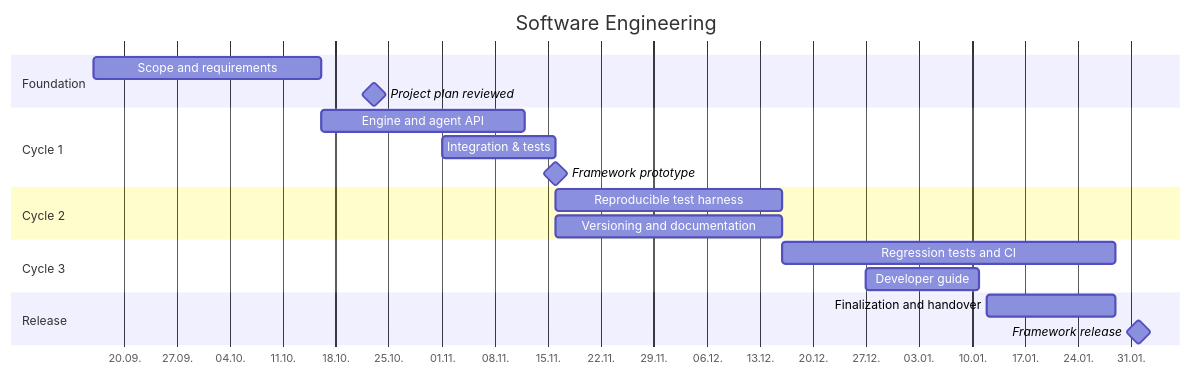
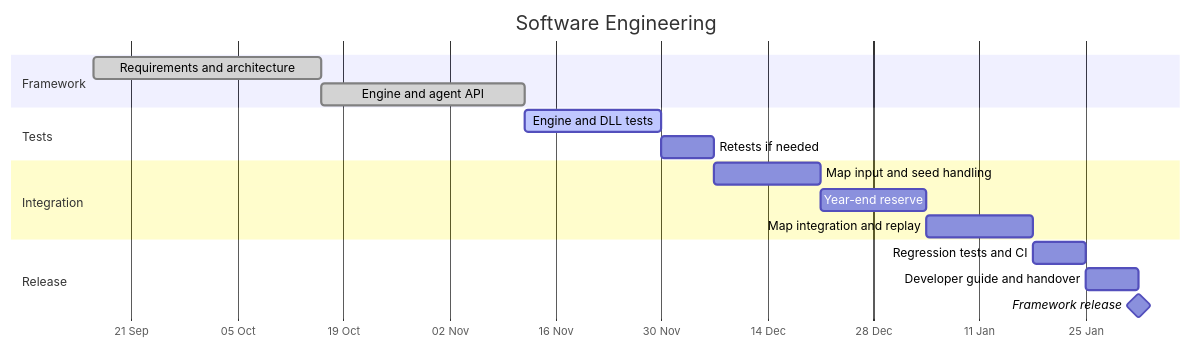
Before and after one commit to kaleo22/AD-Framework: the first of 2 diagrams in README.md, drawn with Mermaid. The commit also changed other lines of this file and 2 other files, not shown here.

Commit message:
📆 Updated the weekly Dev Diary and the Gantt-Charts accordingly to the not met initial deadlines, as well as uploading the slide for this week

````diff
--- a/README.md
+++ b/README.md
@@ -248,27 +267,27 @@
 ```mermaid
 gantt
     title Software Engineering
     dateFormat YYYY-MM-DD
-    axisFormat %d.%m.
+    axisFormat %d %b
+    tickInterval 2week
+    weekday monday
+    todayMarker off
 
-    section Foundation
-    Scope and requirements       :se1, 2026-09-16, 2026-10-16
-    Project plan reviewed        :milestone, m1, 2026-10-23, 0d
+    section Framework
+    Requirements and architecture        :done, se1, 2026-09-16, 30d
+    Engine and agent API                 :done, se2, after se1, 27d
 
-    section Cycle 1
-    Engine and agent API         :se2, 2026-10-16, 2026-11-12
-    Integration & tests          :se3, 2026-11-01, 2026-11-16
-    Framework prototype          :milestone, m2, 2026-11-16, 0d
+    section Tests
+    Engine and DLL tests                 :active, se3, after se2, 18d
+    Retests if needed                    :se4, after se3, 7d
 
-    section Cycle 2
-    Reproducible test harness    :se4, 2026-11-16, 2026-12-16
-    Versioning and documentation :se5, 2026-11-16, 2026-12-16
-
-    section Cycle 3
-    Regression tests and CI      :se6, 2026-12-16, 2027-01-29
-    Developer guide              :se7, 2026-12-27, 2027-01-11
+    section Integration
+    Map input and seed handling          :se5, after se4, 14d
+    Year-end reserve                     :se6, after se5, 14d
+    Map integration and replay           :se7, after se6, 14d
 
     section Release
-    Finalization and handover    :se8, 2027-01-12, 2027-01-29
-    Framework release            :milestone, m4, 2027-02-01, 0d
+    Regression tests and CI              :se8, after se7, 7d
+    Developer guide and handover         :se9, after se8, 7d
+    Framework release                    :milestone, se9m, after se9, 0d
 ```
````
